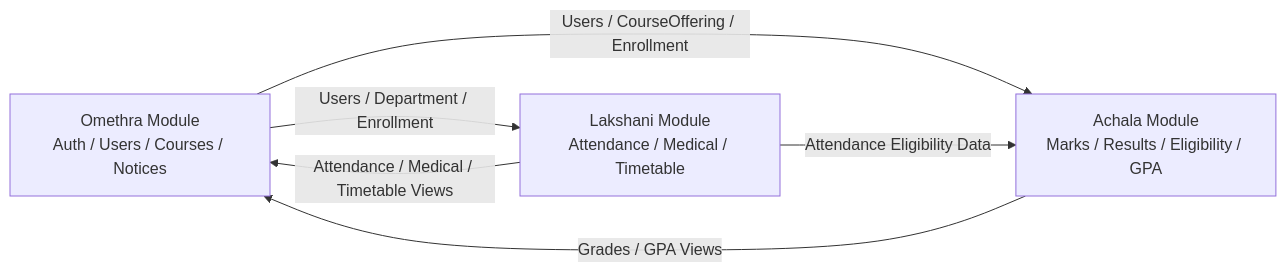
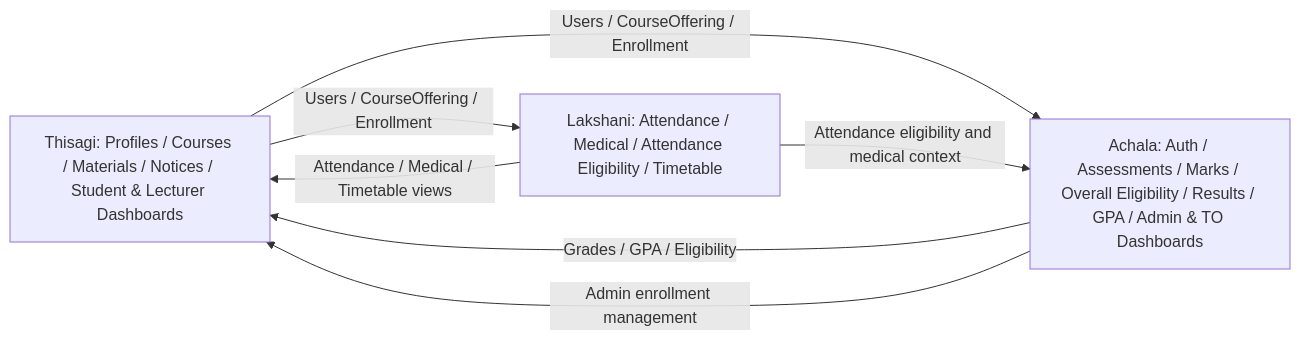
One commit to Achalaz/OOPP-2026-GP-14 changed the third of 3 diagrams in README.md. Above: the diagram before and after it, drawn with Mermaid. The commit also changed other lines of this file, not shown here.

````diff
--- a/README.md
+++ b/README.md
@@ -717,12 +744,13 @@
 ```mermaid
 flowchart LR
-    O[Omethra Module<br/>Auth / Users / Courses / Notices]
-    A[Achala Module<br/>Marks / Results / Eligibility / GPA]
-    L[Lakshani Module<br/>Attendance / Medical / Timetable]
+    T[Thisagi: Profiles / Courses / Materials / Notices / Student & Lecturer Dashboards]
+    A[Achala: Auth / Assessments / Marks / Overall Eligibility / Results / GPA / Admin & TO Dashboards]
+    L[Lakshani: Attendance / Medical / Attendance Eligibility / Timetable]
 
-    O -->|Users / CourseOffering / Enrollment| A
-    O -->|Users / Department / Enrollment| L
-    L -->|Attendance Eligibility Data| A
-    A -->|Grades / GPA Views| O
-    L -->|Attendance / Medical / Timetable Views| O
+    T -->|Users / CourseOffering / Enrollment| A
+    T -->|Users / CourseOffering / Enrollment| L
+    L -->|Attendance eligibility and medical context| A
+    A -->|Grades / GPA / Eligibility| T
+    A -->|Admin enrollment management| T
+    L -->|Attendance / Medical / Timetable views| T
 ```
````
